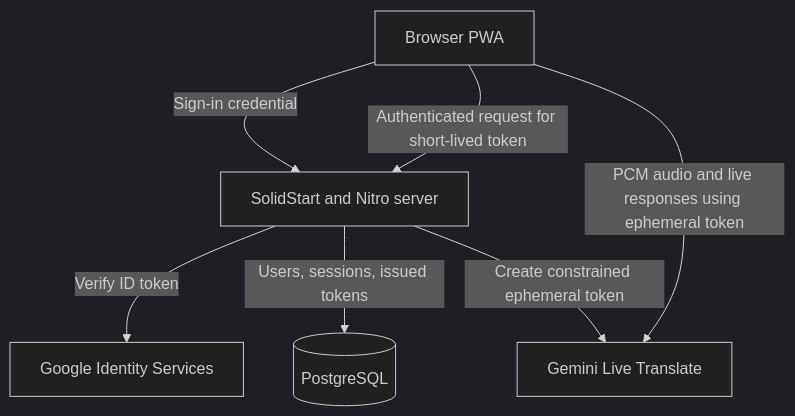
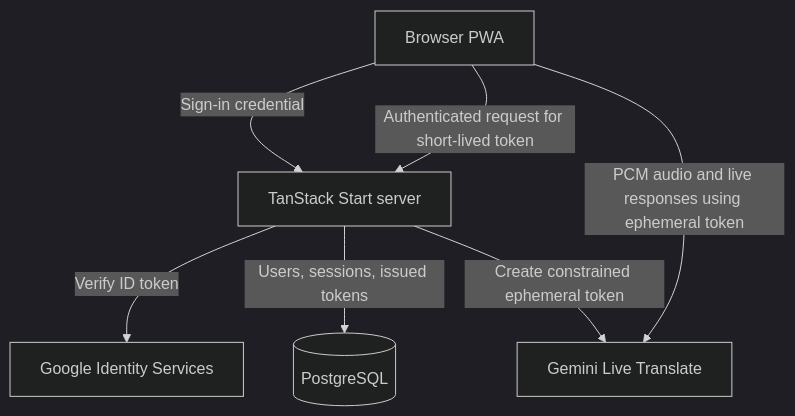
Before and after one commit to Skizy/vox-live-translate: the first of 2 diagrams in README.md, drawn with Mermaid (dark theme). The commit also changed other lines of this file and 49 other files, not shown here.

Commit message:
feat: migrate from solid start to tanstack start + shadcn/ui

````diff
--- a/README.md
+++ b/README.md
@@ -38,15 +38,15 @@
 ```mermaid
 flowchart TD
     Browser[Browser PWA]
-    SolidStart[SolidStart and Nitro server]
+    TanStackStart[TanStack Start server]
     Google[Google Identity Services]
     Gemini[Gemini Live Translate]
     Postgres[(PostgreSQL)]
 
-    Browser -->|Sign-in credential| SolidStart
-    SolidStart -->|Verify ID token| Google
-    SolidStart -->|Users, sessions, issued tokens| Postgres
-    Browser -->|Authenticated request for short-lived token| SolidStart
-    SolidStart -->|Create constrained ephemeral token| Gemini
+    Browser -->|Sign-in credential| TanStackStart
+    TanStackStart -->|Verify ID token| Google
+    TanStackStart -->|Users, sessions, issued tokens| Postgres
+    Browser -->|Authenticated request for short-lived token| TanStackStart
+    TanStackStart -->|Create constrained ephemeral token| Gemini
     Browser -->|PCM audio and live responses using ephemeral token| Gemini
 ```
````
